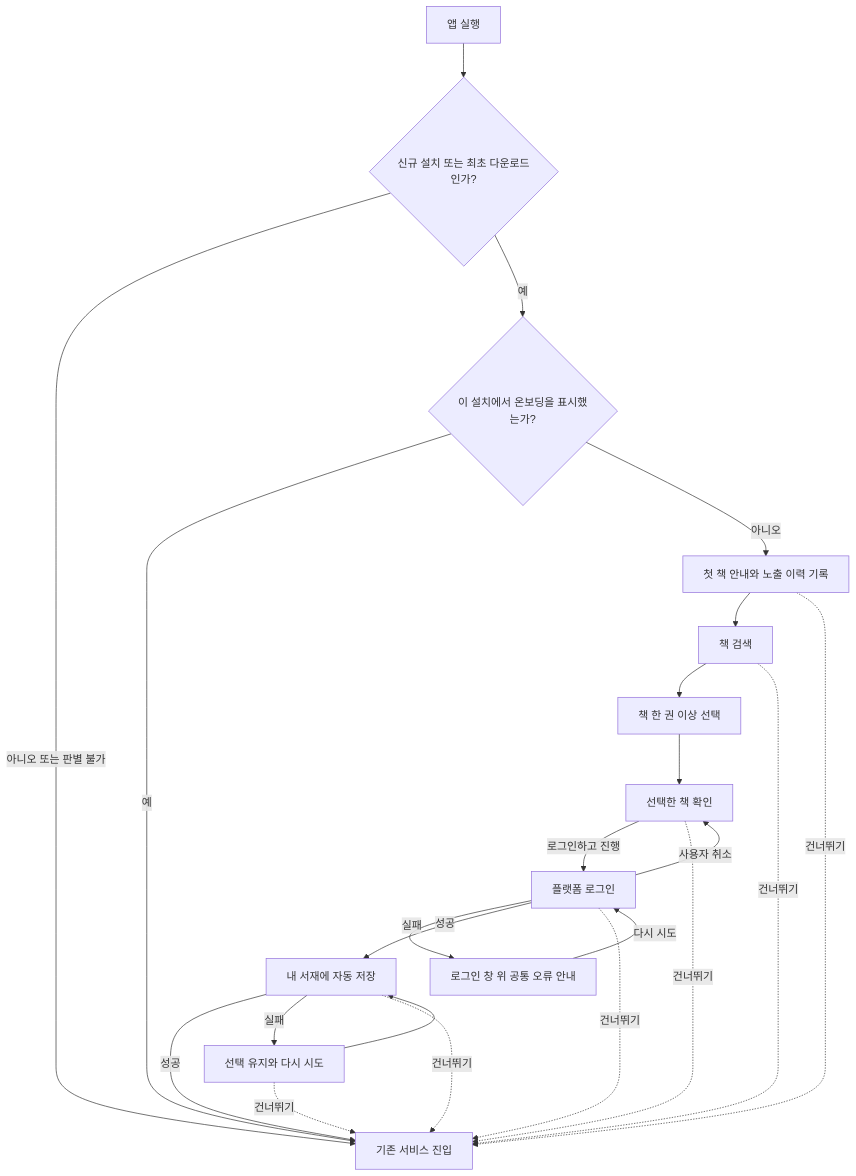
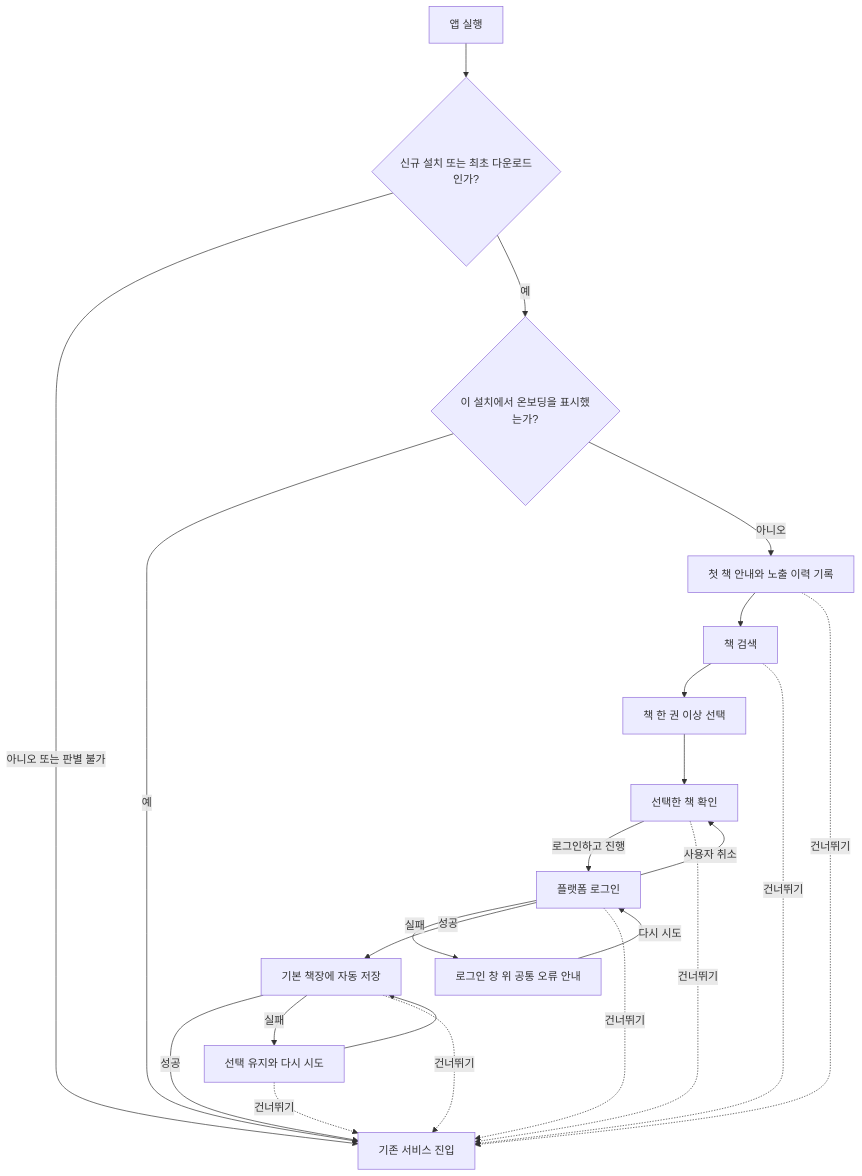
The diagram in docs/first-library-onboarding.md (woowacourse-teams/2026-chaekchaek), drawn with Mermaid before and after one commit. The commit also changed other lines of this file and 8 other files, not shown here.

````diff
--- a/docs/first-library-onboarding.md
+++ b/docs/first-library-onboarding.md
@@ -38,25 +40,25 @@
 ```mermaid
 flowchart TD
     entry[앱 실행] --> eligible{신규 설치 또는 최초 다운로드인가?}
     eligible -->|아니오 또는 판별 불가| service
     eligible -->|예| shown{이 설치에서 온보딩을 표시했는가?}
     shown -->|예| service[기존 서비스 진입]
     shown -->|아니오| intro[첫 책 안내와 노출 이력 기록]
     intro --> search[책 검색]
     search --> select[책 한 권 이상 선택]
     select --> choice[선택한 책 확인]
     choice -->|로그인하고 진행| login[플랫폼 로그인]
     login -->|사용자 취소| choice
     login -->|실패| loginError[로그인 창 위 공통 오류 안내]
     loginError -->|다시 시도| login
-    login -->|성공| save[내 서재에 자동 저장]
+    login -->|성공| save[기본 책장에 자동 저장]
     save -->|성공| service
     save -->|실패| retry[선택 유지와 다시 시도]
     retry --> save
     intro -. 건너뛰기 .-> service
     search -. 건너뛰기 .-> service
     choice -. 건너뛰기 .-> service
     login -. 건너뛰기 .-> service
     save -. 건너뛰기 .-> service
     retry -. 건너뛰기 .-> service
 ```
````
